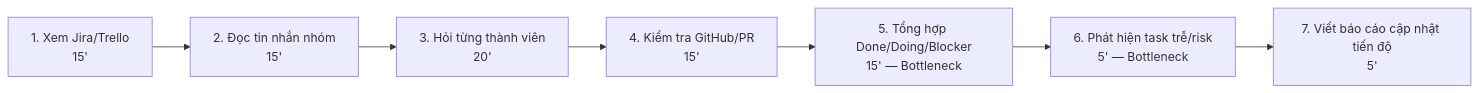
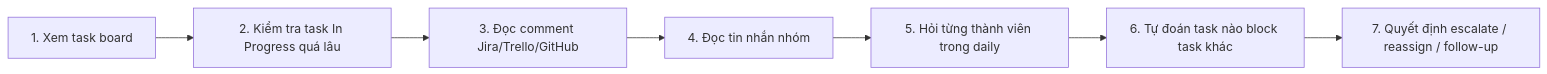
Before and after one commit to leeduydong2005/Day02-2A202600754-Le_Duy_Dong: the first of 2 diagrams in assets/workflow-mermaid.md, drawn with Mermaid. The commit also changed other lines of this file and 15 other files, not shown here.

````diff
--- a/assets/workflow-mermaid.md
+++ b/assets/workflow-mermaid.md
@@ -5,9 +5,9 @@
 ```mermaid
 flowchart LR
-    A["1. Xem Jira/Trello<br/>15'"] --> B["2. Đọc tin nhắn nhóm<br/>15'"]
-    B --> C["3. Hỏi từng thành viên<br/>20'"]
-    C --> D["4. Kiểm tra GitHub/PR<br/>15'"]
-    D --> E["5. Tổng hợp Done/Doing/Blocker<br/>15' — Bottleneck"]
-    E --> F["6. Phát hiện task trễ/risk<br/>5' — Bottleneck"]
-    F --> G["7. Viết báo cáo cập nhật tiến độ<br/>5'"]
+    A["1. Xem task board"] --> B["2. Kiểm tra task In Progress quá lâu"]
+    B --> C["3. Đọc comment Jira/Trello/GitHub"]
+    C --> D["4. Đọc tin nhắn nhóm"]
+    D --> E["5. Hỏi từng thành viên trong daily"]
+    E --> F["6. Tự đoán task nào block task khác"]
+    F --> G["7. Quyết định escalate / reassign / follow-up"]
 ```
````
